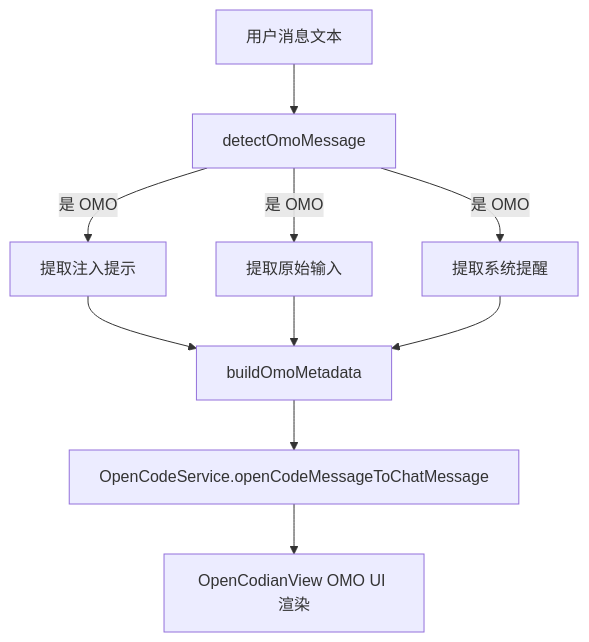
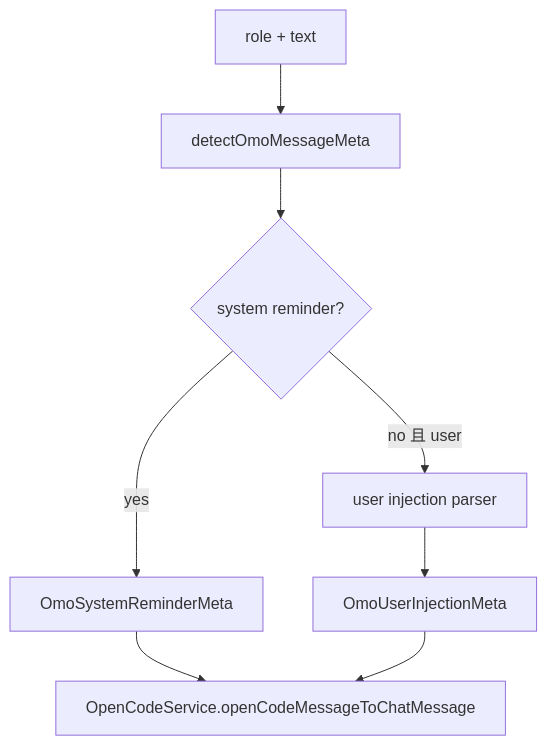
Before and after one commit to OCDcreator/opencodian: the diagram in docs/modules/core/opencode/omoCompat.md, drawn with Mermaid. The commit also changed other lines of this file and 98 other files, not shown here.

````diff
--- a/docs/modules/core/opencode/omoCompat.md
+++ b/docs/modules/core/opencode/omoCompat.md
@@ -71,12 +107,10 @@
 ```mermaid
 graph TD
-    A[用户消息文本] --> B[detectOmoMessage]
-    B -->|是 OMO| C[提取注入提示]
-    B -->|是 OMO| D[提取原始输入]
-    B -->|是 OMO| E[提取系统提醒]
-    C --> F[buildOmoMetadata]
-    D --> F
-    E --> F
-    F --> G[OpenCodeService.openCodeMessageToChatMessage]
-    G --> H[OpenCodianView OMO UI 渲染]
+    A[role + text] --> B[detectOmoMessageMeta]
+    B --> C{system reminder?}
+    C -->|yes| D[OmoSystemReminderMeta]
+    C -->|no 且 user| E[user injection parser]
+    E --> F[OmoUserInjectionMeta]
+    D --> G[OpenCodeService.openCodeMessageToChatMessage]
+    F --> G
 ```
````
